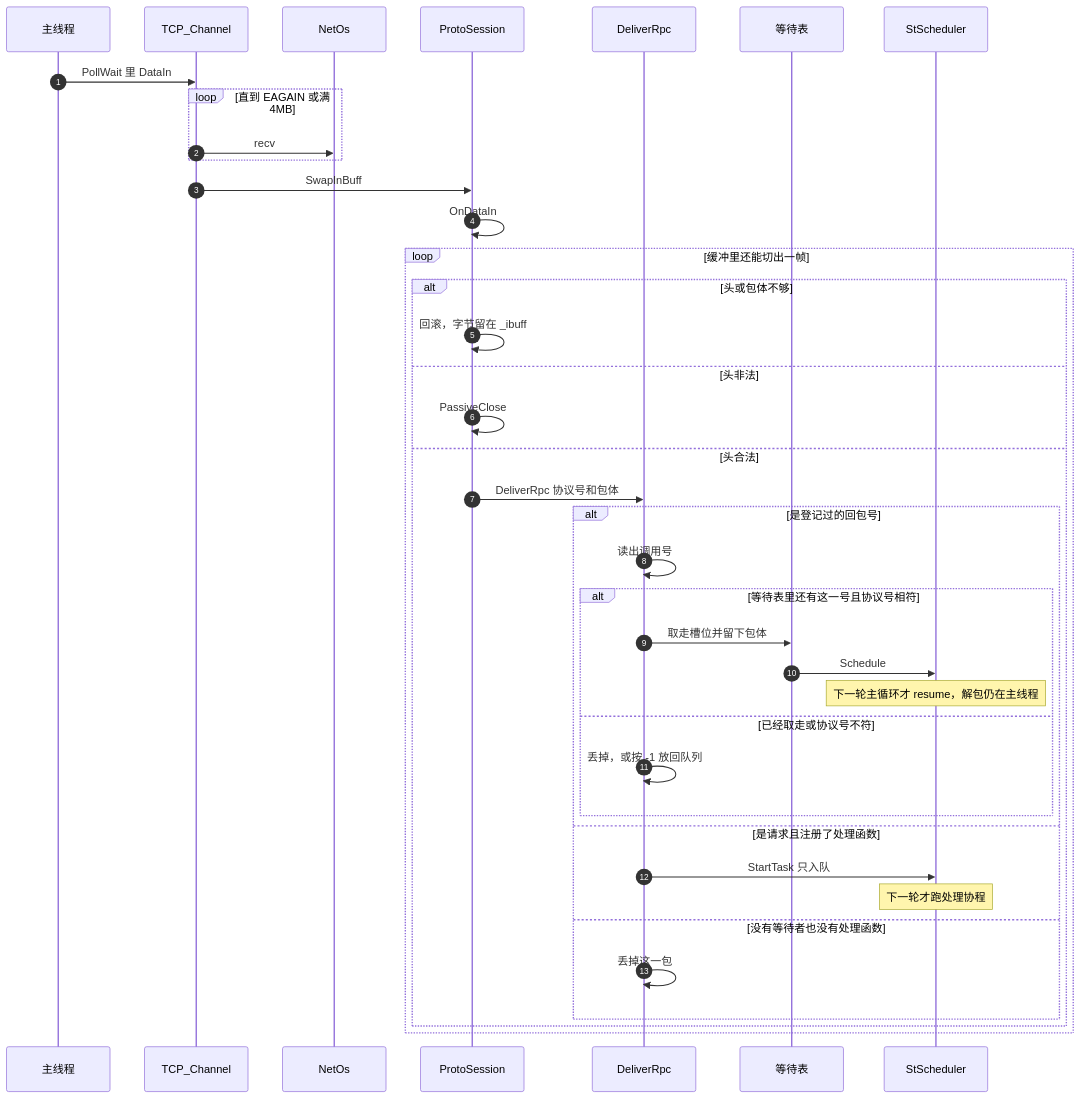
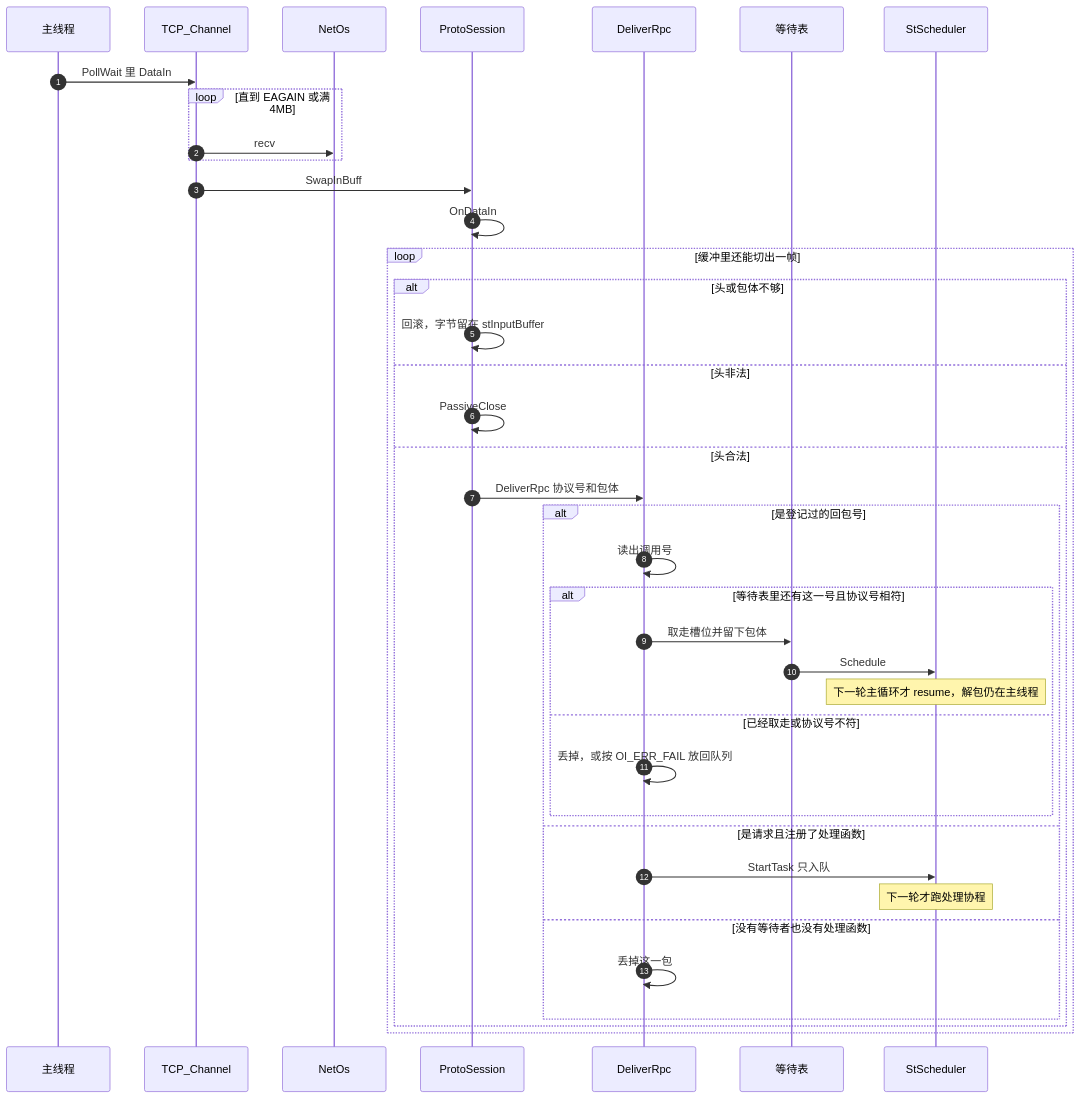
The diagram in docs/sequence-diagram/single-thread/receive.md (orikiaru/openidea), drawn with Mermaid before and after one commit. The commit also changed 48 other files, not shown here.

````diff
--- a/docs/sequence-diagram/single-thread/receive.md
+++ b/docs/sequence-diagram/single-thread/receive.md
@@ -7,42 +7,42 @@
 ```mermaid
 sequenceDiagram
     autonumber
     participant Main as 主线程
     participant Tcp as TCP_Channel
     participant Os as NetOs
     participant Sess as ProtoSession
     participant Rpc as DeliverRpc
     participant Wait as 等待表
     participant Queue as StScheduler
 
     Main->>Tcp: PollWait 里 DataIn
     loop 直到 EAGAIN 或满 4MB
         Tcp->>Os: recv
     end
     Tcp->>Sess: SwapInBuff
     Sess->>Sess: OnDataIn
     loop 缓冲里还能切出一帧
         alt 头或包体不够
-            Sess->>Sess: 回滚，字节留在 _ibuff
+            Sess->>Sess: 回滚，字节留在 stInputBuffer
         else 头非法
             Sess->>Sess: PassiveClose
         else 头合法
             Sess->>Rpc: DeliverRpc 协议号和包体
             alt 是登记过的回包号
                 Rpc->>Rpc: 读出调用号
                 alt 等待表里还有这一号且协议号相符
                     Rpc->>Wait: 取走槽位并留下包体
                     Wait->>Queue: Schedule
                     Note over Queue: 下一轮主循环才 resume，解包仍在主线程
                 else 已经取走或协议号不符
-                    Rpc->>Rpc: 丢掉，或按 -1 放回队列
+                    Rpc->>Rpc: 丢掉，或按 OI_ERR_FAIL 放回队列
                 end
             else 是请求且注册了处理函数
                 Rpc->>Queue: StartTask 只入队
                 Note over Queue: 下一轮才跑处理协程
             else 没有等待者也没有处理函数
                 Rpc->>Rpc: 丢掉这一包
             end
         end
     end
 ```
````
